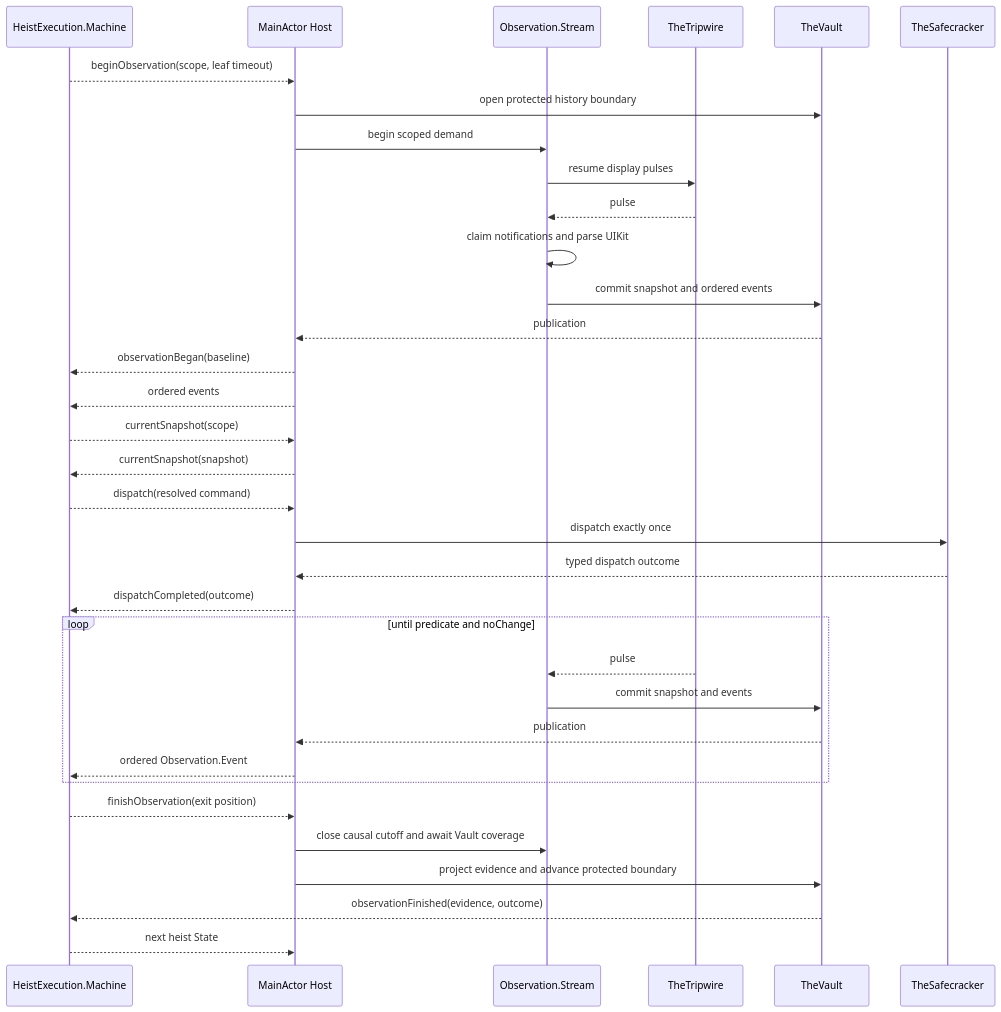
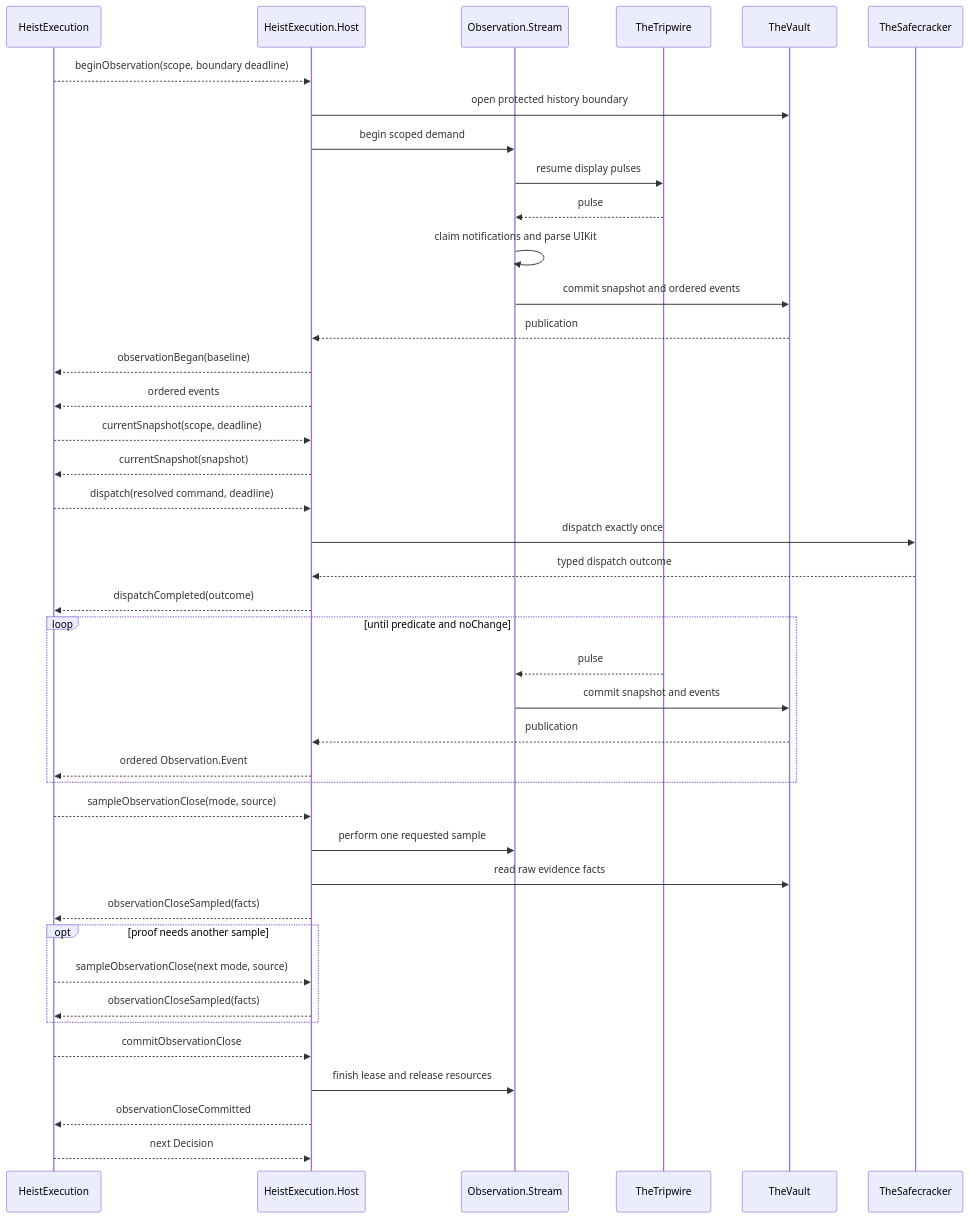
Before and after one commit to RoyalPineapple/TheButtonHeist: the diagram in docs/diagrams/action-pipeline.md, drawn with Mermaid. The commit also changed other lines of this file and 50 other files, not shown here.

First line of the commit message:
Make HeistExecution a pure reducer (#1423)

````diff
--- a/docs/diagrams/action-pipeline.md
+++ b/docs/diagrams/action-pipeline.md
@@ -17,37 +17,44 @@
 ```mermaid
 sequenceDiagram
-    participant Machine as HeistExecution.Machine
-    participant Host as MainActor Host
+    participant Execution as HeistExecution
+    participant Host as HeistExecution.Host
     participant Stream as Observation.Stream
     participant Tripwire as TheTripwire
     participant Vault as TheVault
     participant Safecracker as TheSafecracker
 
-    Machine-->>Host: beginObservation(scope, leaf timeout)
+    Execution-->>Host: beginObservation(scope, boundary deadline)
     Host->>Vault: open protected history boundary
     Host->>Stream: begin scoped demand
     Stream->>Tripwire: resume display pulses
     Tripwire-->>Stream: pulse
     Stream->>Stream: claim notifications and parse UIKit
     Stream->>Vault: commit snapshot and ordered events
     Vault-->>Host: publication
-    Host-->>Machine: observationBegan(baseline)
-    Host-->>Machine: ordered events
-    Machine-->>Host: currentSnapshot(scope)
-    Host-->>Machine: currentSnapshot(snapshot)
-    Machine-->>Host: dispatch(resolved command)
+    Host-->>Execution: observationBegan(baseline)
+    Host-->>Execution: ordered events
+    Execution-->>Host: currentSnapshot(scope, deadline)
+    Host-->>Execution: currentSnapshot(snapshot)
+    Execution-->>Host: dispatch(resolved command, deadline)
     Host->>Safecracker: dispatch exactly once
     Safecracker-->>Host: typed dispatch outcome
-    Host-->>Machine: dispatchCompleted(outcome)
+    Host-->>Execution: dispatchCompleted(outcome)
     loop until predicate and noChange
         Tripwire-->>Stream: pulse
         Stream->>Vault: commit snapshot and events
         Vault-->>Host: publication
-        Host-->>Machine: ordered Observation.Event
+        Host-->>Execution: ordered Observation.Event
     end
-    Machine-->>Host: finishObservation(exit position)
-    Host->>Stream: close causal cutoff and await Vault coverage
-    Host->>Vault: project evidence and advance protected boundary
-    Vault-->>Machine: observationFinished(evidence, outcome)
-    Machine-->>Host: next heist State
+    Execution-->>Host: sampleObservationClose(mode, source)
+    Host->>Stream: perform one requested sample
+    Host->>Vault: read raw evidence facts
+    Host-->>Execution: observationCloseSampled(facts)
+    opt proof needs another sample
+        Execution-->>Host: sampleObservationClose(next mode, source)
+        Host-->>Execution: observationCloseSampled(facts)
+    end
+    Execution-->>Host: commitObservationClose
+    Host->>Stream: finish lease and release resources
+    Host-->>Execution: observationCloseCommitted
+    Execution-->>Host: next Decision
 ```
````
